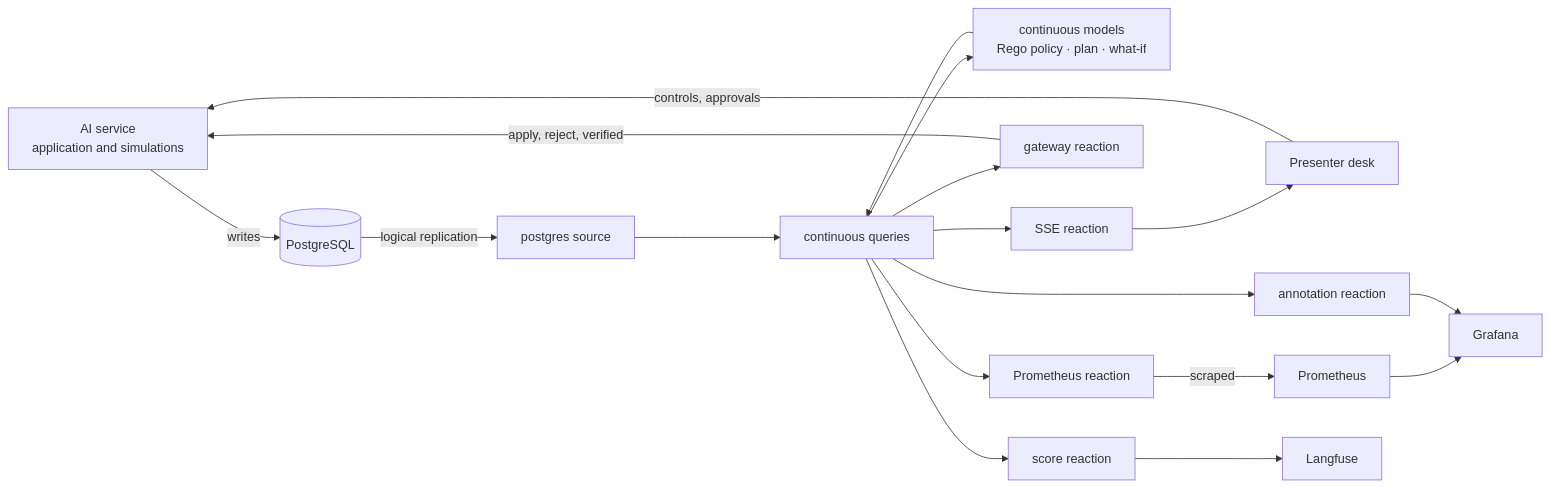
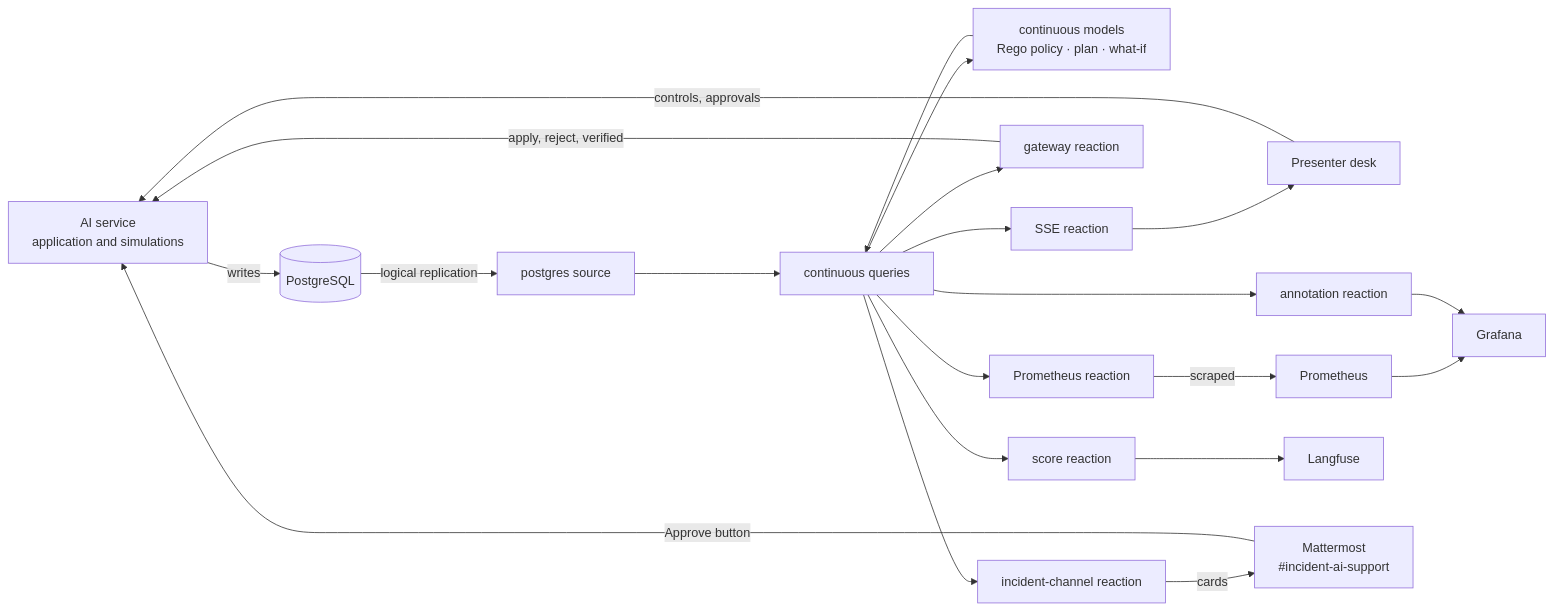
One commit to drasi-project/community changed the diagram in presentations/2026-11-19_Ignite/DRASI.md. Above: the diagram before and after it, drawn with Mermaid. The commit also changed other lines of this file and 20 other files, not shown here.

````diff
--- a/presentations/2026-11-19_Ignite/DRASI.md
+++ b/presentations/2026-11-19_Ignite/DRASI.md
@@ -22,14 +22,16 @@
 ```mermaid
 flowchart LR
   AI[AI service<br/>application and simulations] -- writes --> PG[(PostgreSQL)]
   DESK[Presenter desk] -- controls, approvals --> AI
   PG -- logical replication --> SRC[postgres source]
   SRC --> Q[continuous queries]
   Q --> M[continuous models<br/>Rego policy · plan · what-if]
   M --> Q
   Q --> PROM[Prometheus reaction] -- scraped --> P[Prometheus] --> GRAF[Grafana]
   Q --> GW[gateway reaction] -- apply, reject, verified --> AI
   Q --> ANN[annotation reaction] --> GRAF
   Q --> SC[score reaction] --> LF[Langfuse]
   Q --> SSE[SSE reaction] --> DESK
+  Q --> IC[incident-channel reaction] -- cards --> MM[Mattermost<br/>#incident-ai-support]
+  MM -- Approve button --> AI
 ```
````
